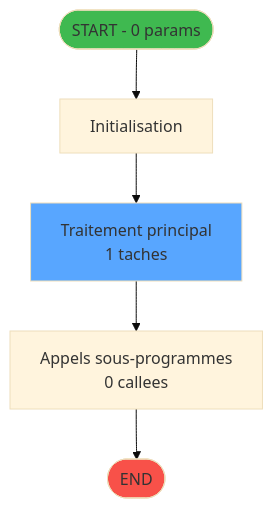
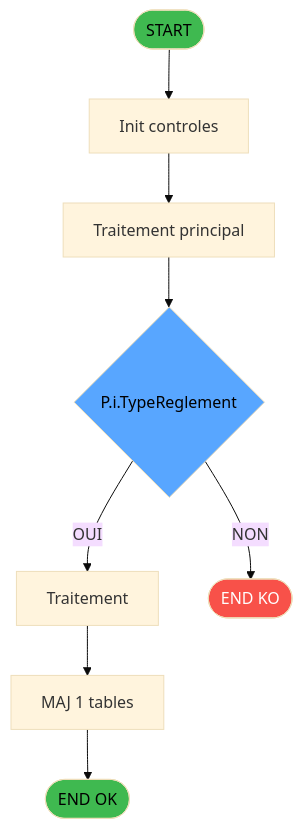
One commit to thonyAGP/lecteur-magic changed the first of 3 diagrams in .openspec/specs/ADH-IDE-105.md. Above: the diagram before and after it, drawn with Mermaid (base theme). The commit also changed other lines of this file and 96 other files, not shown here.

````diff
--- a/.openspec/specs/ADH-IDE-105.md
+++ b/.openspec/specs/ADH-IDE-105.md
@@ -85,14 +81,21 @@
 ```mermaid
 flowchart TD
-    START([START - 0 params])
-    INIT["Initialisation"]
-    PROCESS["Traitement principal<br/>1 taches"]
-    CALLS["Appels sous-programmes<br/>0 callees"]
-    ENDOK([END])
+    START([START])
+    INIT[Init controles]
+    SAISIE[Traitement principal]
+    DECISION{P.i.TypeReglement}
+    PROCESS[Traitement]
+    UPDATE[MAJ 1 tables]
+    ENDOK([END OK])
+    ENDKO([END KO])
 
-    START --> INIT --> PROCESS --> CALLS --> ENDOK
+    START --> INIT --> SAISIE --> DECISION
+    DECISION -->|OUI| PROCESS
+    DECISION -->|NON| ENDKO
+    PROCESS --> UPDATE --> ENDOK
 
-    style START fill:#3fb950
-    style ENDOK fill:#f85149
-    style PROCESS fill:#58a6ff
+    style START fill:#3fb950,color:#000
+    style ENDOK fill:#3fb950,color:#000
+    style ENDKO fill:#f85149,color:#fff
+    style DECISION fill:#58a6ff,color:#000
 ```
````
